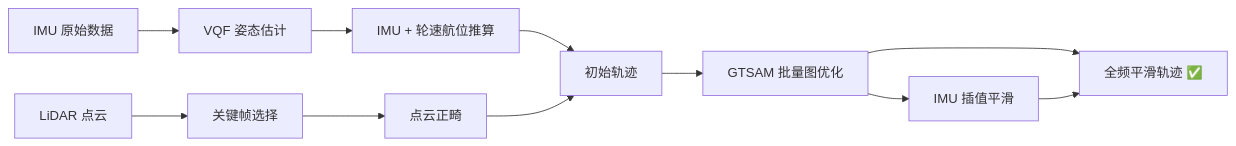
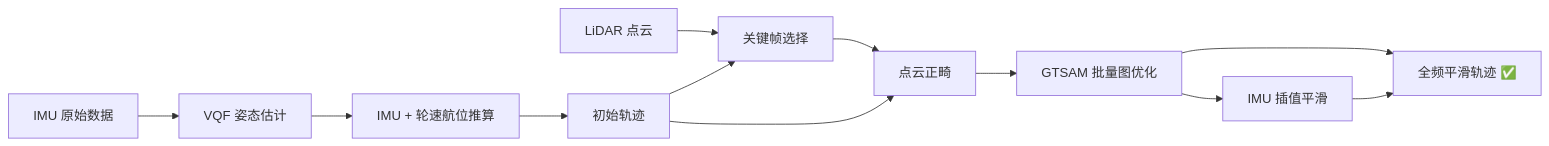
The first of 2 diagrams in scripts/gt_pose_batch_optimization/README.md (lemon-kdq/GMSF), drawn with Mermaid before and after one commit. The commit also changed 1 other file, not shown here.

Commit message:
docs: fix pipeline flow — initial trajectory feeds into keyframe selection and deskew, not GTSAM directly
- Remove incorrect INIT → GTSAM edge from Mermaid diagram
- Add INIT → DESKEW edge (initial pose drives motion compensation)
- Add INIT → KF edge (initial pose drives keyframe selection)
- Simplify tech_route.html layout to match corrected data flow

````diff
--- a/scripts/gt_pose_batch_optimization/README.md
+++ b/scripts/gt_pose_batch_optimization/README.md
@@ -22,21 +22,23 @@
 ```mermaid
 flowchart LR
     IMU["IMU 原始数据"]
     VQF["VQF 姿态估计"]
     DR["IMU + 轮速航位推算"]
     INIT["初始轨迹"]
 
     LIDAR["LiDAR 点云"]
     KF["关键帧选择"]
     DESKEW["点云正畸"]
 
     GTSAM["GTSAM 批量图优化"]
     SMOOTH["IMU 插值平滑"]
     OUT["全频平滑轨迹 ✅"]
 
     IMU --> VQF --> DR --> INIT
     LIDAR --> KF --> DESKEW
-    DESKEW --> INIT
-    INIT --> GTSAM --> OUT
+    INIT --> KF
+    INIT --> DESKEW
+    DESKEW --> GTSAM
+    GTSAM --> OUT
     GTSAM --> SMOOTH --> OUT
 ```
````
